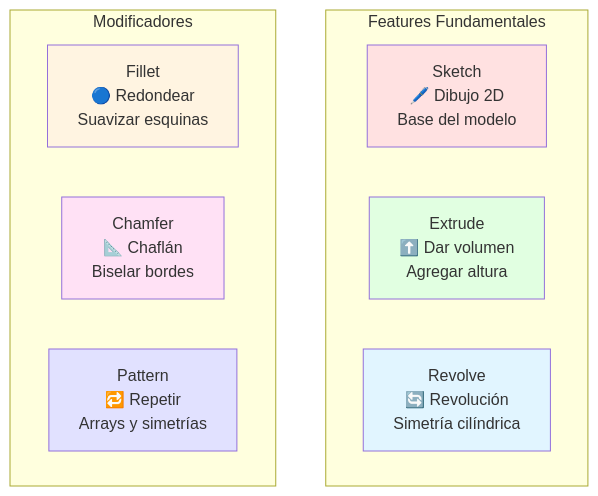
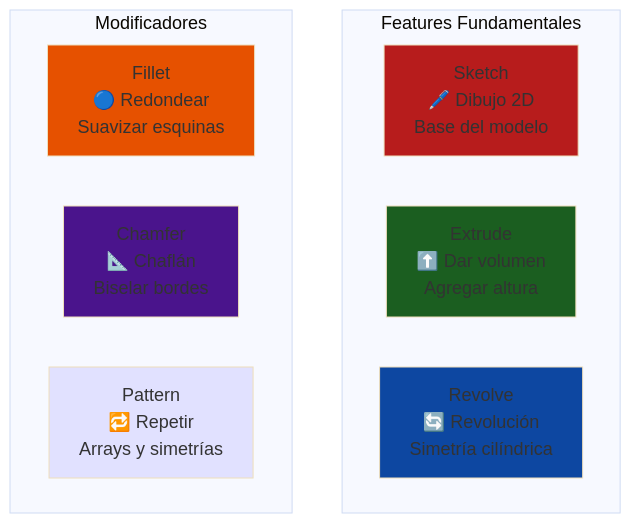
The fourth of 10 diagrams in courses/🟡-development/FPUNA-2026/03-INGENIERIA-AERONAUTICA/01-cad-ia.md (Ai-Whisperers/Courses-Content), drawn with Mermaid before and after one commit. The commit also changed other lines of this file and 47 other files, not shown here.

First line of the commit message:
fix: Make all 473 diagrams WCAG AAA accessible (FPUNA-2026)

````diff
--- a/courses/🟡-development/FPUNA-2026/03-INGENIERIA-AERONAUTICA/01-cad-ia.md
+++ b/courses/🟡-development/FPUNA-2026/03-INGENIERIA-AERONAUTICA/01-cad-ia.md
@@ -246,21 +249,22 @@
 ```mermaid
+%%{init: {'theme':'base', 'themeVariables': {'fontSize':'18px'}}}%%
 graph TD
     subgraph "Features Fundamentales"
         R[Sketch<br/>🖊️ Dibujo 2D<br/>Base del modelo]
         C[Extrude<br/>⬆️ Dar volumen<br/>Agregar altura]
         L[Revolve<br/>🔄 Revolución<br/>Simetría cilíndrica]
     end
     
     subgraph "Modificadores"
         D[Fillet<br/>🔵 Redondear<br/>Suavizar esquinas]
         T[Chamfer<br/>📐 Chaflán<br/>Biselar bordes]
         IC[Pattern<br/>🔁 Repetir<br/>Arrays y simetrías]
     end
     
-    style R fill:#FFE1E1
-    style C fill:#E1FFE1
-    style L fill:#E1F5FF
-    style D fill:#FFF4E1
-    style T fill:#FFE1F5
+    style R fill:#b71c1c
+    style C fill:#1b5e20
+    style L fill:#0d47a1
+    style D fill:#e65100
+    style T fill:#4a148c
     style IC fill:#E1E1FF
 ```
````
